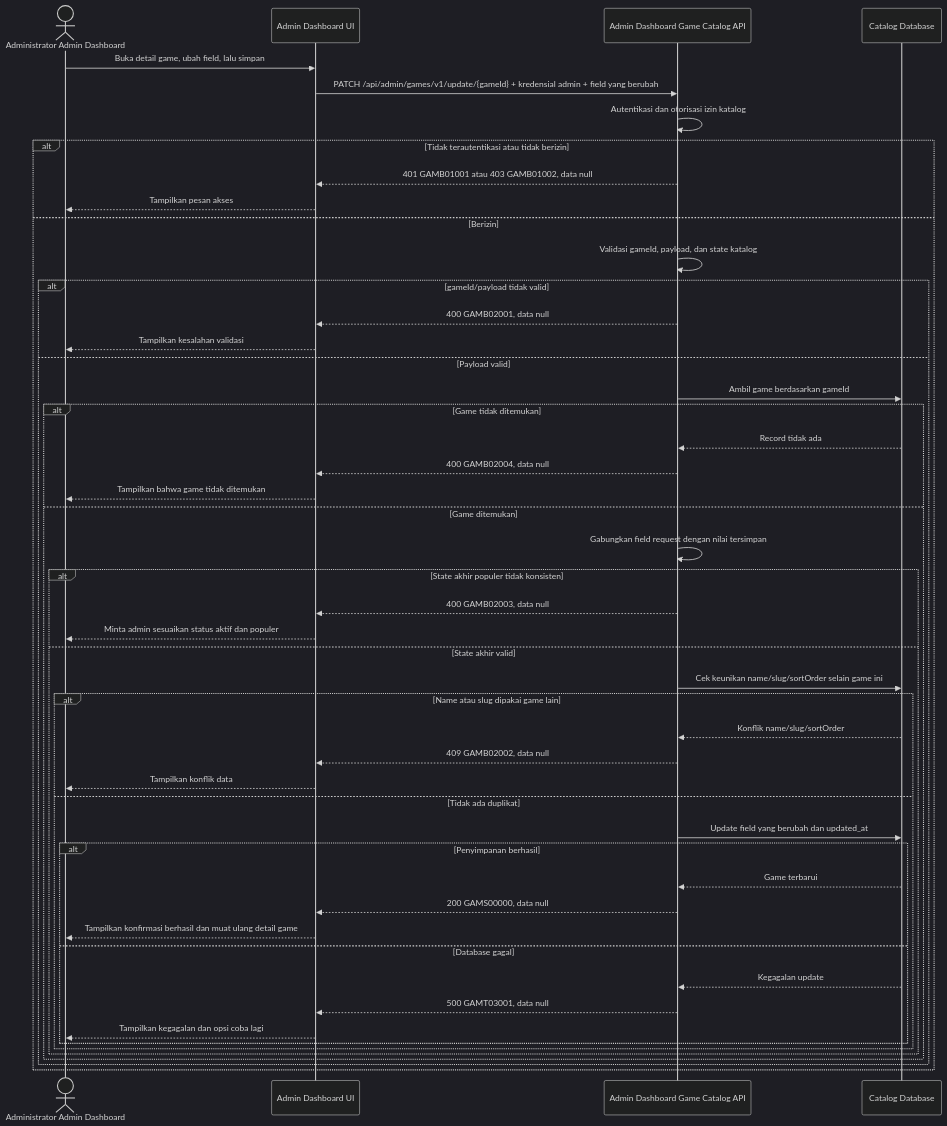
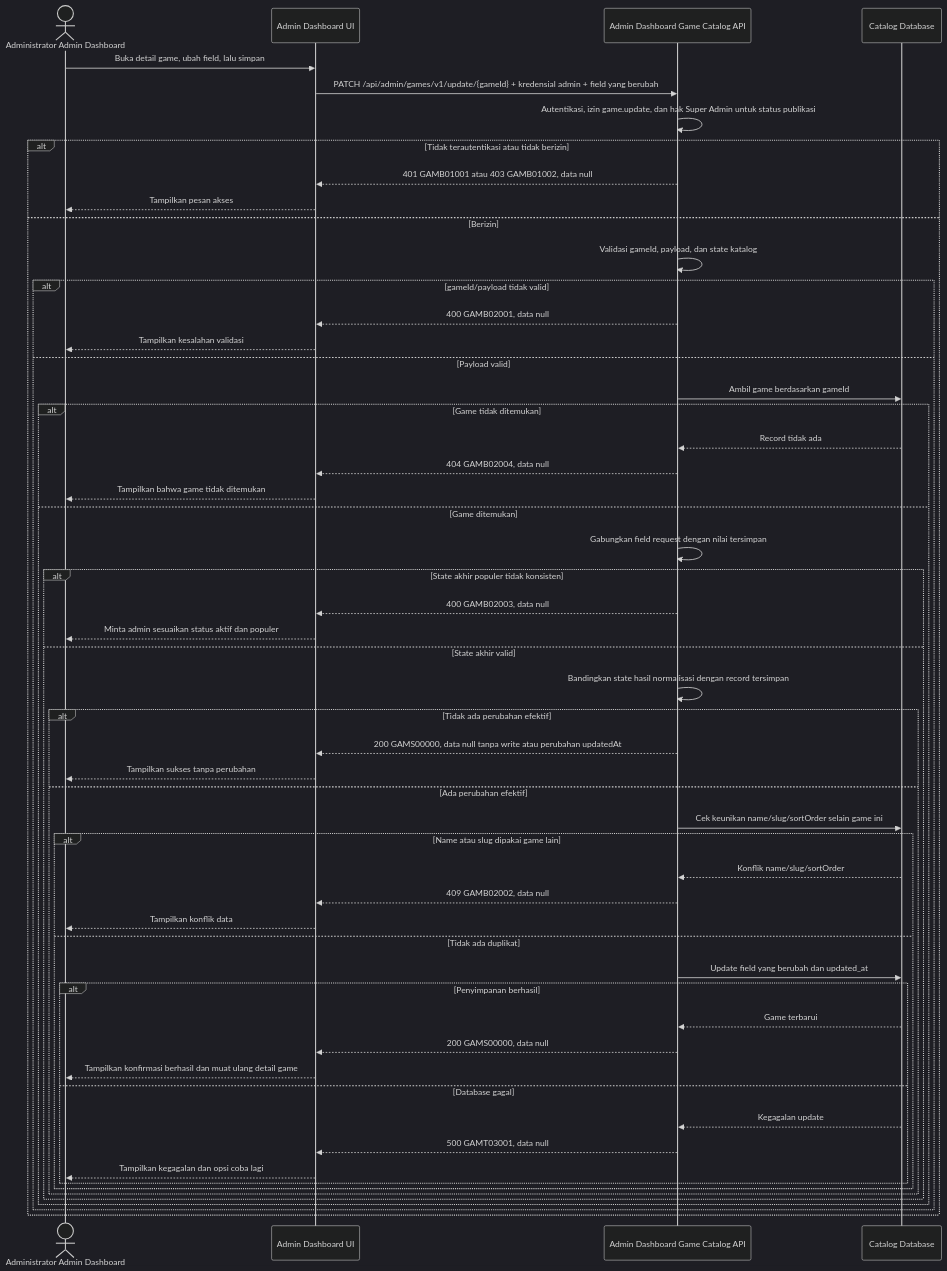
One commit to fatihmuhamadridho/docs-game-service-platform changed the diagram in sprint-1/solutioning/dashboard/games/update-game.md. Above: the diagram before and after it, drawn with Mermaid (dark theme). The commit also changed other lines of this file and 24 other files, not shown here.

First line of the commit message:
feat: define sprint 1 admin and game contracts

````diff
--- a/sprint-1/solutioning/dashboard/games/update-game.md
+++ b/sprint-1/solutioning/dashboard/games/update-game.md
@@ -14,51 +14,57 @@
 ```mermaid
 sequenceDiagram
     actor Admin as Administrator Admin Dashboard
     participant UI as Admin Dashboard UI
     participant API as Admin Dashboard Game Catalog API
     participant DB as Catalog Database
     Admin->>UI: Buka detail game, ubah field, lalu simpan
     UI->>API: PATCH /api/admin/games/v1/update/{gameId} + kredensial admin + field yang berubah
-    API->>API: Autentikasi dan otorisasi izin katalog
+    API->>API: Autentikasi, izin game.update, dan hak Super Admin untuk status publikasi
     alt Tidak terautentikasi atau tidak berizin
         API-->>UI: 401 GAMB01001 atau 403 GAMB01002, data null
         UI-->>Admin: Tampilkan pesan akses
     else Berizin
         API->>API: Validasi gameId, payload, dan state katalog
         alt gameId/payload tidak valid
             API-->>UI: 400 GAMB02001, data null
             UI-->>Admin: Tampilkan kesalahan validasi
         else Payload valid
             API->>DB: Ambil game berdasarkan gameId
             alt Game tidak ditemukan
                 DB-->>API: Record tidak ada
-                API-->>UI: 400 GAMB02004, data null
+                API-->>UI: 404 GAMB02004, data null
                 UI-->>Admin: Tampilkan bahwa game tidak ditemukan
             else Game ditemukan
                 API->>API: Gabungkan field request dengan nilai tersimpan
                 alt State akhir populer tidak konsisten
                     API-->>UI: 400 GAMB02003, data null
                     UI-->>Admin: Minta admin sesuaikan status aktif dan populer
                 else State akhir valid
-                    API->>DB: Cek keunikan name/slug/sortOrder selain game ini
-                    alt Name atau slug dipakai game lain
-                        DB-->>API: Konflik name/slug/sortOrder
-                        API-->>UI: 409 GAMB02002, data null
-                        UI-->>Admin: Tampilkan konflik data
-                    else Tidak ada duplikat
-                        API->>DB: Update field yang berubah dan updated_at
-                        alt Penyimpanan berhasil
-                            DB-->>API: Game terbarui
-                            API-->>UI: 200 GAMS00000, data null
-                            UI-->>Admin: Tampilkan konfirmasi berhasil dan muat ulang detail game
-                        else Database gagal
-                            DB-->>API: Kegagalan update
-                            API-->>UI: 500 GAMT03001, data null
-                            UI-->>Admin: Tampilkan kegagalan dan opsi coba lagi
+                    API->>API: Bandingkan state hasil normalisasi dengan record tersimpan
+                    alt Tidak ada perubahan efektif
+                        API-->>UI: 200 GAMS00000, data null tanpa write atau perubahan updatedAt
+                        UI-->>Admin: Tampilkan sukses tanpa perubahan
+                    else Ada perubahan efektif
+                        API->>DB: Cek keunikan name/slug/sortOrder selain game ini
+                        alt Name atau slug dipakai game lain
+                            DB-->>API: Konflik name/slug/sortOrder
+                            API-->>UI: 409 GAMB02002, data null
+                            UI-->>Admin: Tampilkan konflik data
+                        else Tidak ada duplikat
+                            API->>DB: Update field yang berubah dan updated_at
+                            alt Penyimpanan berhasil
+                                DB-->>API: Game terbarui
+                                API-->>UI: 200 GAMS00000, data null
+                                UI-->>Admin: Tampilkan konfirmasi berhasil dan muat ulang detail game
+                            else Database gagal
+                                DB-->>API: Kegagalan update
+                                API-->>UI: 500 GAMT03001, data null
+                                UI-->>Admin: Tampilkan kegagalan dan opsi coba lagi
+                            end
                         end
                     end
                 end
             end
         end
     end
 ```
````
